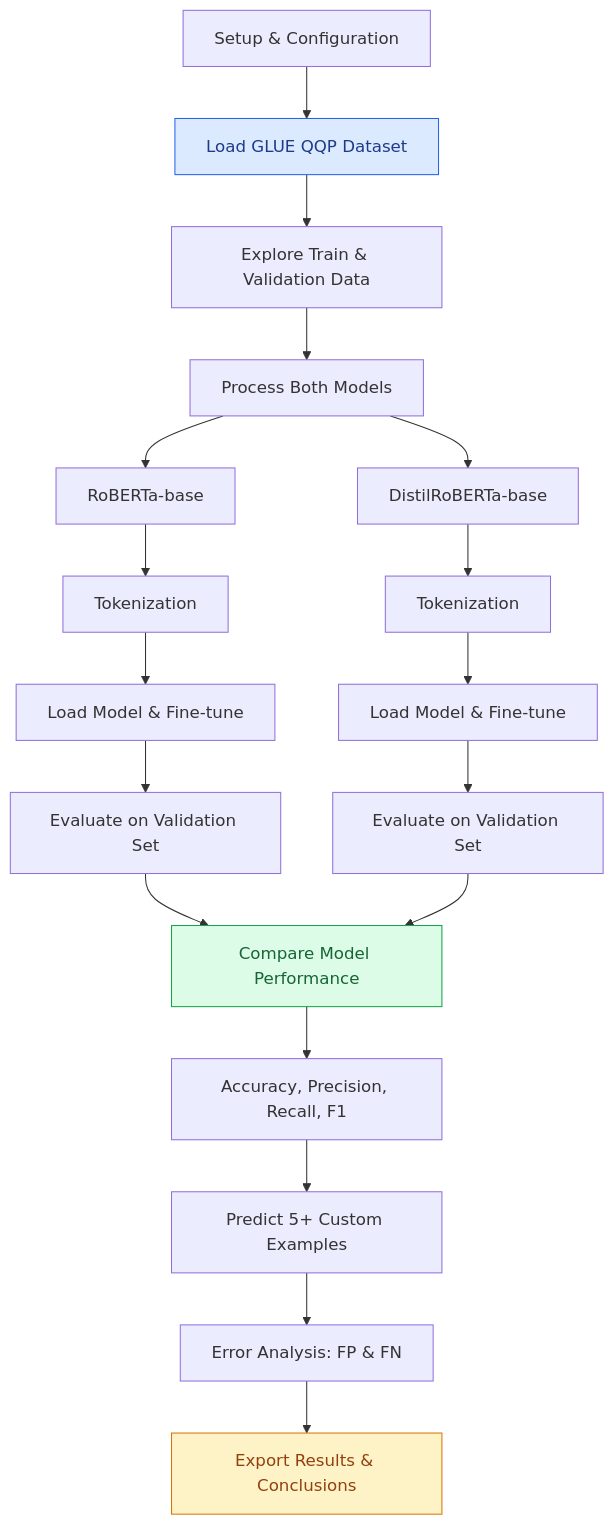
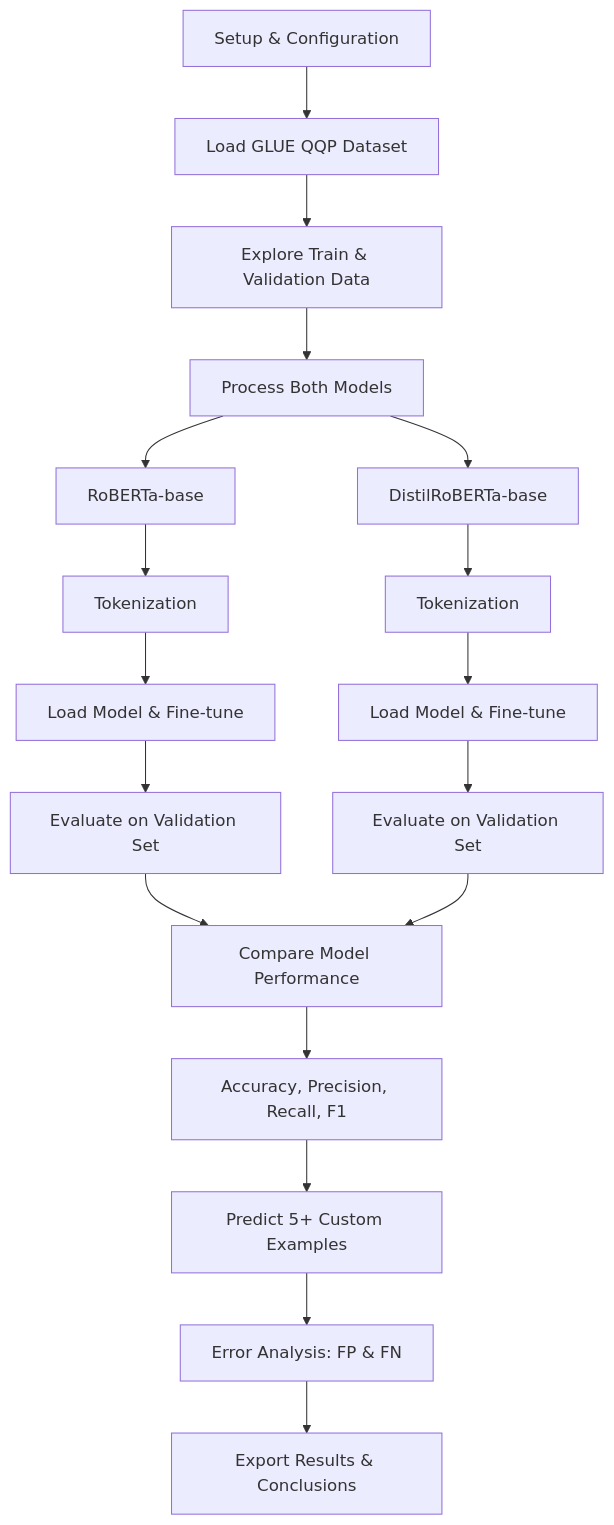
The diagram in README.md (arshadhs/aiml-nlp-qqp-roberta), drawn with Mermaid before and after one commit.

Commit message:
qqp_roberta - tokenisation

````diff
--- a/README.md
+++ b/README.md
@@ -32,30 +32,28 @@
 ```mermaid
+
 flowchart TD
     A["Setup & Configuration"] --> B["Load GLUE QQP Dataset"]
     B --> C["Explore Train & Validation Data"]
     C --> D["Process Both Models"]
 
     D --> E["RoBERTa-base"]
     D --> F["DistilRoBERTa-base"]
 
     E --> G["Tokenization"]
     F --> H["Tokenization"]
 
     G --> I["Load Model & Fine-tune"]
     H --> J["Load Model & Fine-tune"]
 
     I --> K["Evaluate on Validation Set"]
     J --> L["Evaluate on Validation Set"]
 
     K --> M["Compare Model Performance"]
     L --> M
 
     M --> N["Accuracy, Precision, Recall, F1"]
     N --> O["Predict 5+ Custom Examples"]
     O --> P["Error Analysis: FP & FN"]
     P --> Q["Export Results & Conclusions"]
 
-    style B fill:#dbeafe,color:#1e3a8a,stroke:#2563eb
-    style M fill:#dcfce7,color:#166534,stroke:#16a34a
-    style Q fill:#fef3c7,color:#92400e,stroke:#d97706
 ```
````
